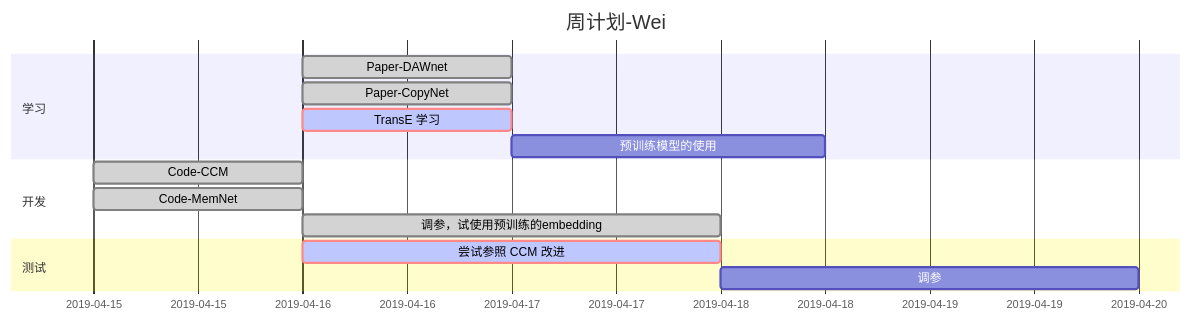
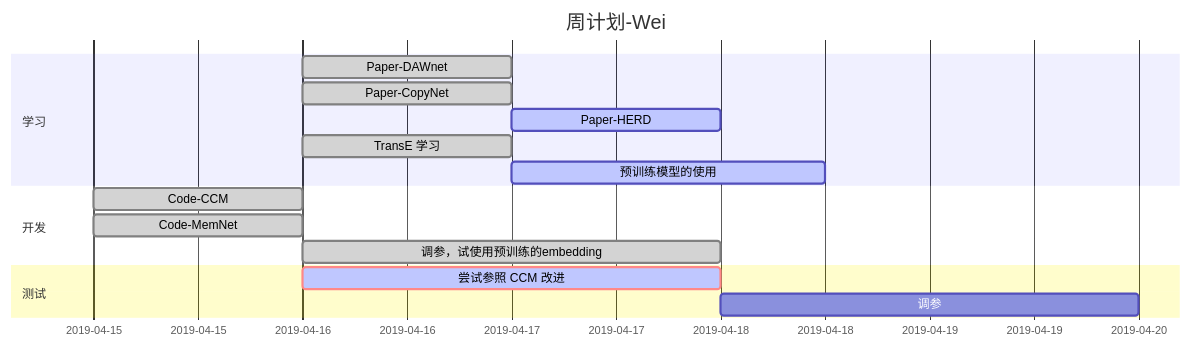
Before and after one commit to little-women/reading-list: the second of 2 diagrams in Planner.md, drawn with Mermaid.

````diff
--- a/Planner.md
+++ b/Planner.md
@@ -20,20 +20,21 @@
 ```mermaid
         gantt
         dateFormat  YYYY-MM-DD
         title 周计划-Wei
         
         section 学习
         Paper-DAWnet      :done, 2019-04-16, 1d
         Paper-CopyNet     :done,  2019-04-16, 1d
-        TransE 学习          :crit, active, study1, 2019-04-16, 1d
-        预训练模型的使用          :after study1, 36h
+        Paper-HERD     :active,  2019-04-17, 1d
+        TransE 学习          :done, study1, 2019-04-16, 1d
+        预训练模型的使用          :active, after study1, 36h
         
         section 开发
         Code-CCM                      :done,2019-04-15, 1d
         Code-MemNet                   :done,2019-04-15, 1d
         调参，试使用预训练的embedding       :done,2019-04-16, 2d
     
         section 测试
         尝试参照 CCM 改进                   :crit, active, task1, 2019-04-16, 2d
         调参                        :task2, after task1, 2d
 ```
````
